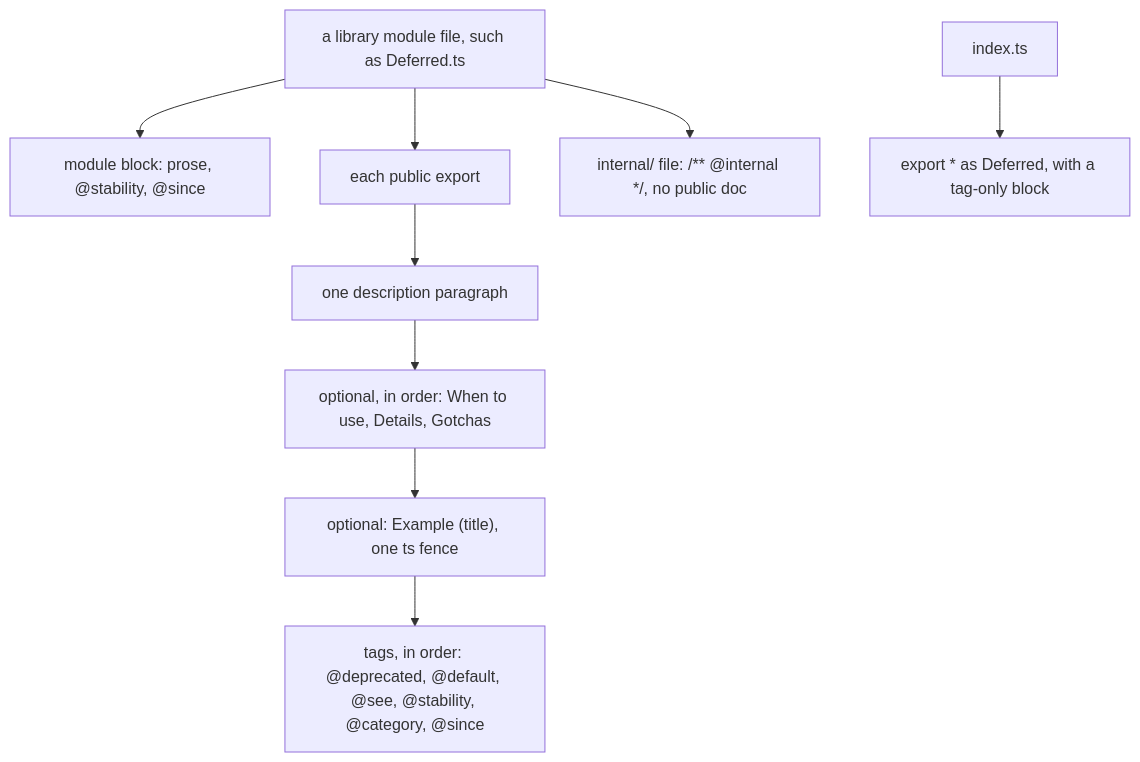
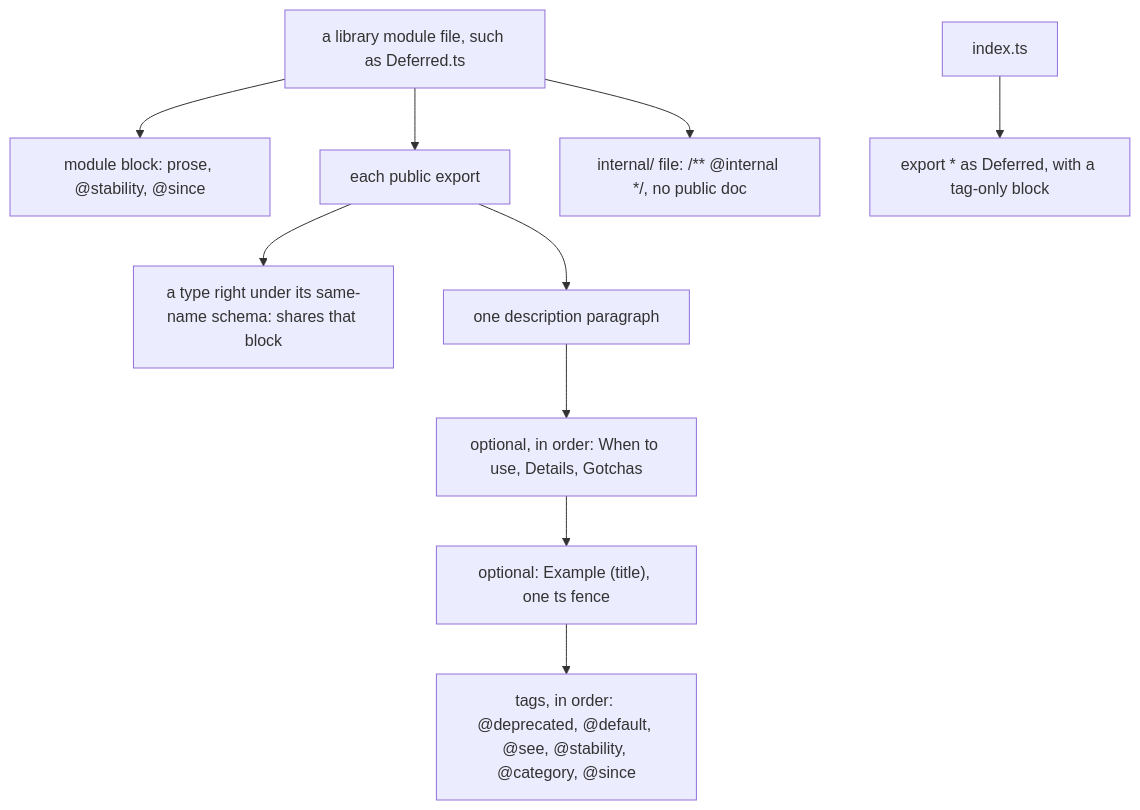
The diagram in .patterns/doc-comments.md (usirin/tea-fabrika), drawn with Mermaid before and after one commit. The commit also changed other lines of this file and 2 other files, not shown here.

Commit message:
T913 build: what holds the docs shape, the measured counts, and 0023's kept difference for a type under its schema

````diff
--- a/.patterns/doc-comments.md
+++ b/.patterns/doc-comments.md
@@ -3,11 +3,12 @@
 ```mermaid
 flowchart TD
   file["a library module file, such as Deferred.ts"] --> moduleBlock["module block: prose, @stability, @since"]
   file --> exports["each public export"]
+  exports --> pair["a type right under its same-name schema: shares that block"]
   exports --> desc["one description paragraph"]
   desc --> sections["optional, in order: When to use, Details, Gotchas"]
   sections --> example["optional: Example (title), one ts fence"]
   example --> tags["tags, in order: @deprecated, @default, @see, @stability, @category, @since"]
   file --> internal["internal/ file: /** @internal */, no public doc"]
   barrel["index.ts"] --> reexport["export * as Deferred, with a tag-only block"]
 ```
````
